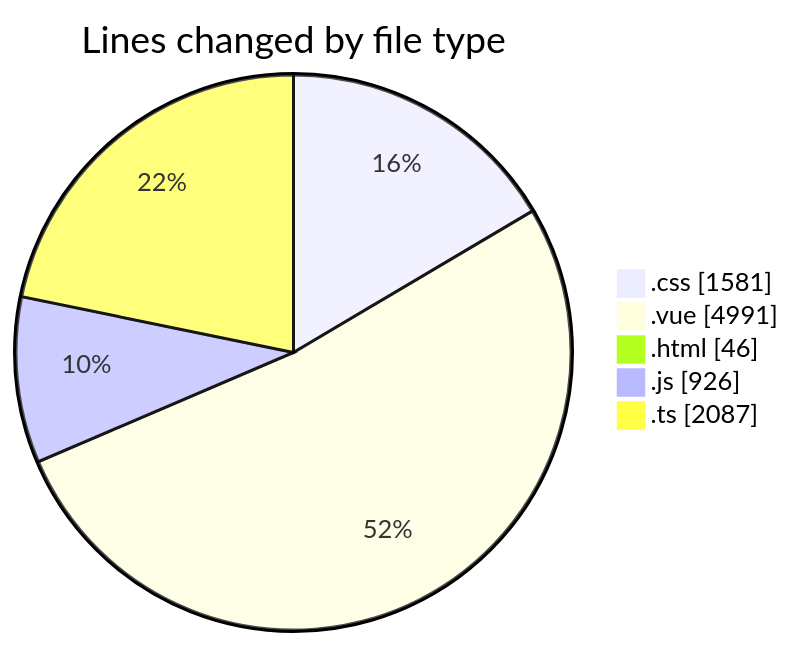
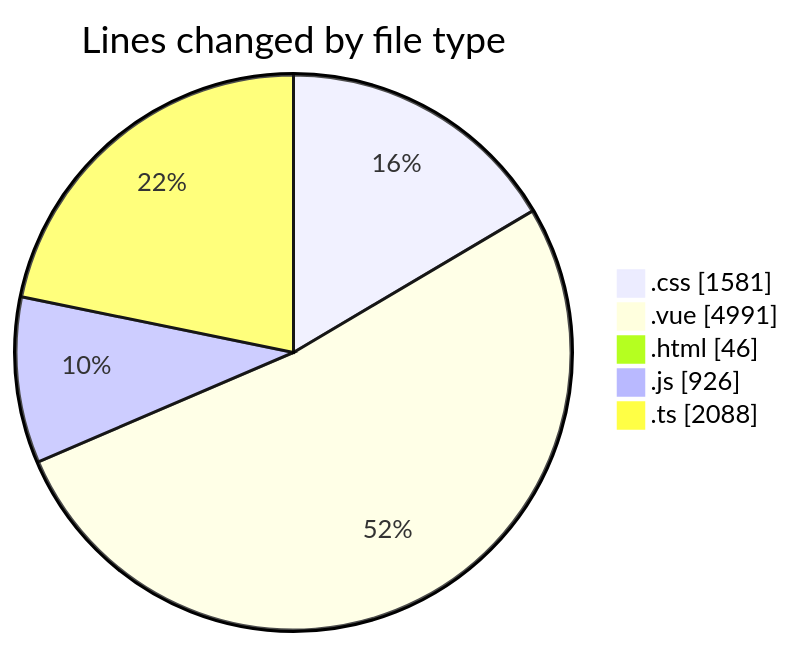
One commit to lephambinh05/code-tracking changed the first of 2 diagrams in 2025-08-18/rentotp/README.md. Above: the diagram before and after it, drawn with Mermaid. The commit also changed other lines of this file and 1 other file, not shown here.

````diff
--- a/2025-08-18/rentotp/README.md
+++ b/2025-08-18/rentotp/README.md
@@ -51,9 +51,9 @@
 ```mermaid
 pie showData
 title Lines changed by file type
 ".css" : 1581
 ".vue" : 4991
 ".html" : 46
 ".js" : 926
-".ts" : 2087
+".ts" : 2088
 ```
````
